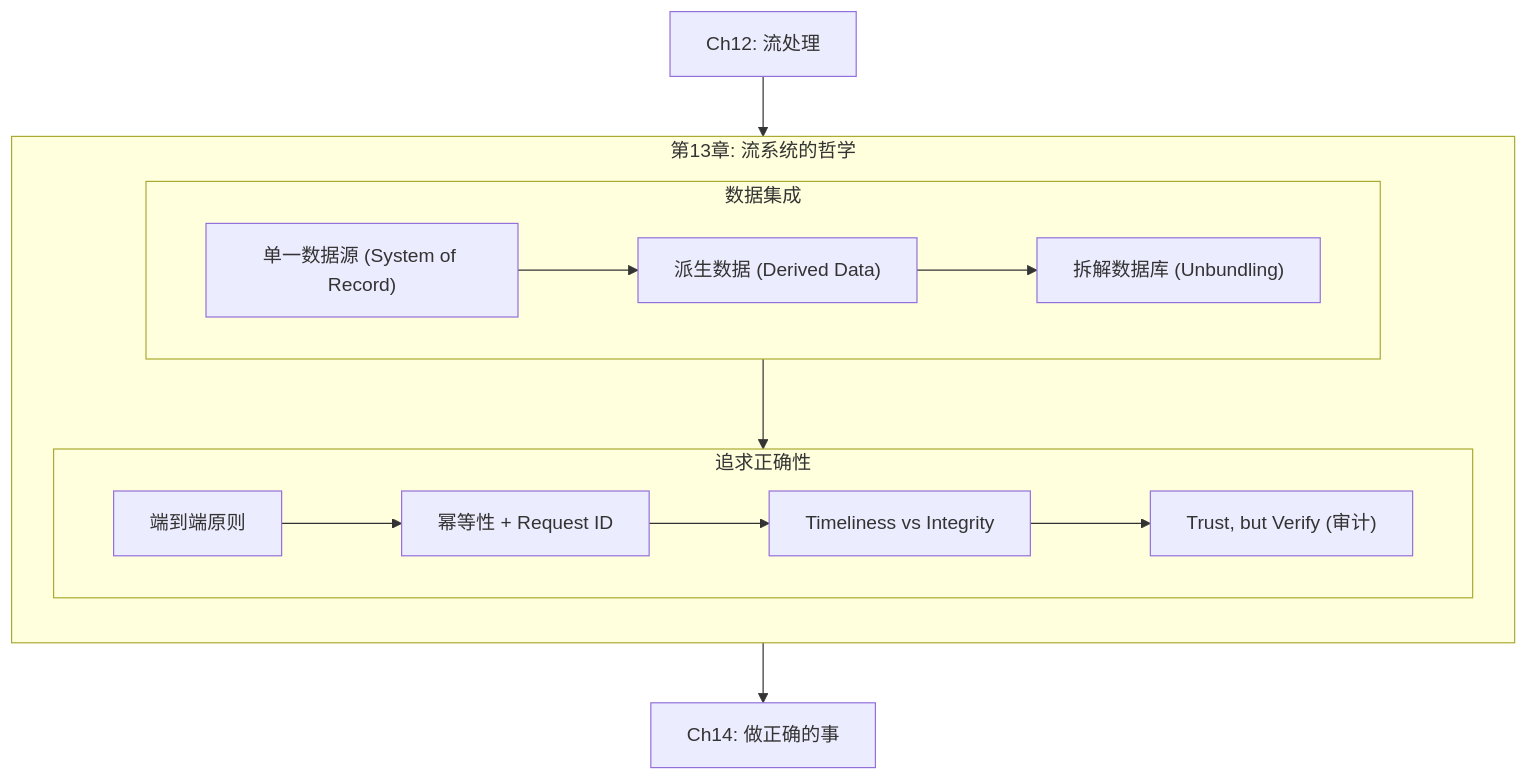
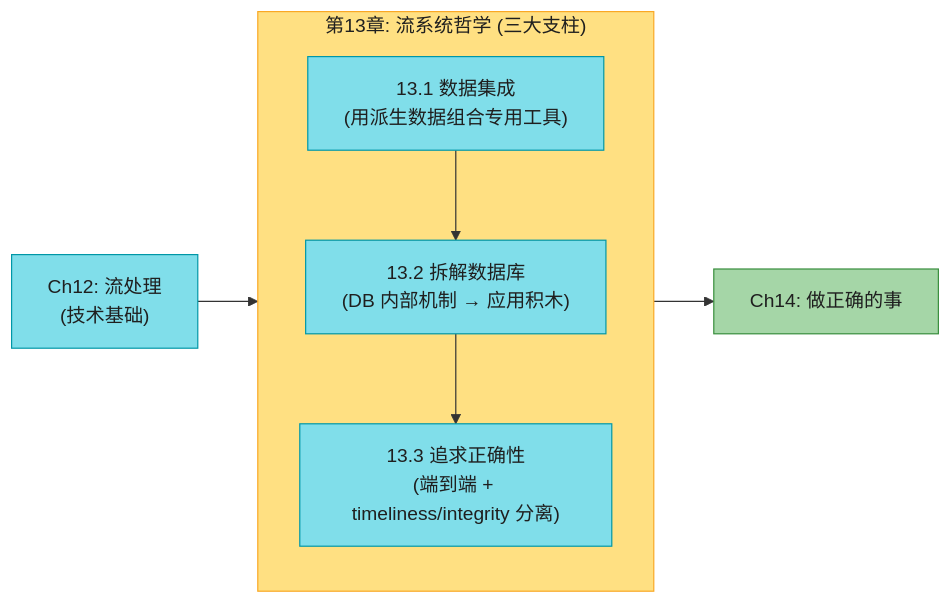
Before and after one commit to socoo123/ddia_2nd: the first of 15 diagrams in ch13-流系统的哲学.md, drawn with Mermaid. The commit also changed other lines of this file and 5 other files, not shown here.

````diff
--- a/ch13-流系统的哲学.md
+++ b/ch13-流系统的哲学.md
@@ -24,26 +29,21 @@
 ```mermaid
-graph TB
-    subgraph CH13["第13章: 流系统的哲学"]
+flowchart LR
+    CH12["Ch12: 流处理<br/>(技术基础)"] --> CH13
+
+    subgraph CH13["第13章: 流系统哲学 (三大支柱)"]
         direction TB
-
-        subgraph DI["数据集成"]
-            SINGLE["单一数据源 (System of Record)"]
-            DERIVE["派生数据 (Derived Data)"]
-            UNBUNDLE["拆解数据库 (Unbundling)"]
-            SINGLE --> DERIVE --> UNBUNDLE
-        end
-
-        subgraph CORRECT["追求正确性"]
-            E2E["端到端原则"]
-            IDEMP["幂等性 + Request ID"]
-            TIMELY["Timeliness vs Integrity"]
-            AUDIT["Trust, but Verify (审计)"]
-            E2E --> IDEMP --> TIMELY --> AUDIT
-        end
-
-        DI --> CORRECT
+        DI["13.1 数据集成<br/>(用派生数据组合专用工具)"]
+        UN["13.2 拆解数据库<br/>(DB 内部机制 → 应用积木)"]
+        COR["13.3 追求正确性<br/>(端到端 + timeliness/integrity 分离)"]
+        DI --> UN --> COR
     end
 
-    CH12["Ch12: 流处理"] --> CH13
     CH13 --> CH14["Ch14: 做正确的事"]
+
+    style CH12 fill:#80DEEA,stroke:#0097A7,color:#1f1f1f
+    style CH13 fill:#FFE082,stroke:#F9A825,color:#1f1f1f
+    style DI fill:#80DEEA,stroke:#0097A7,color:#1f1f1f
+    style UN fill:#80DEEA,stroke:#0097A7,color:#1f1f1f
+    style COR fill:#80DEEA,stroke:#0097A7,color:#1f1f1f
+    style CH14 fill:#A5D6A7,stroke:#388E3C,color:#1f1f1f
 ```
````
